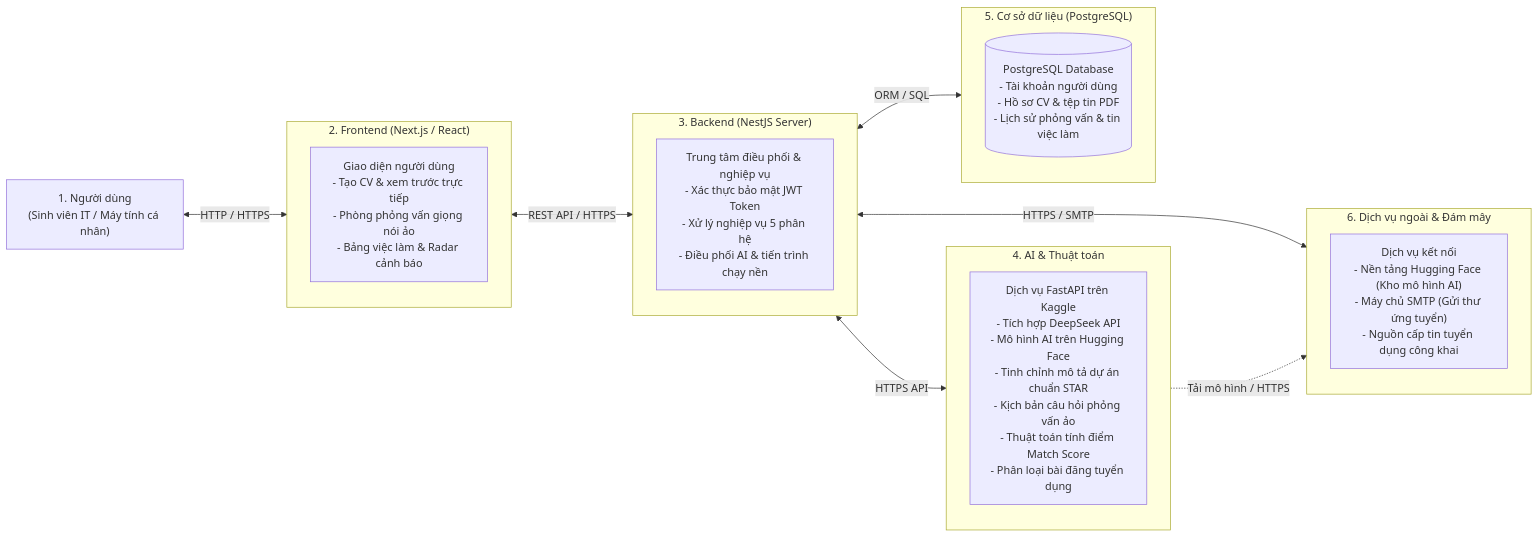
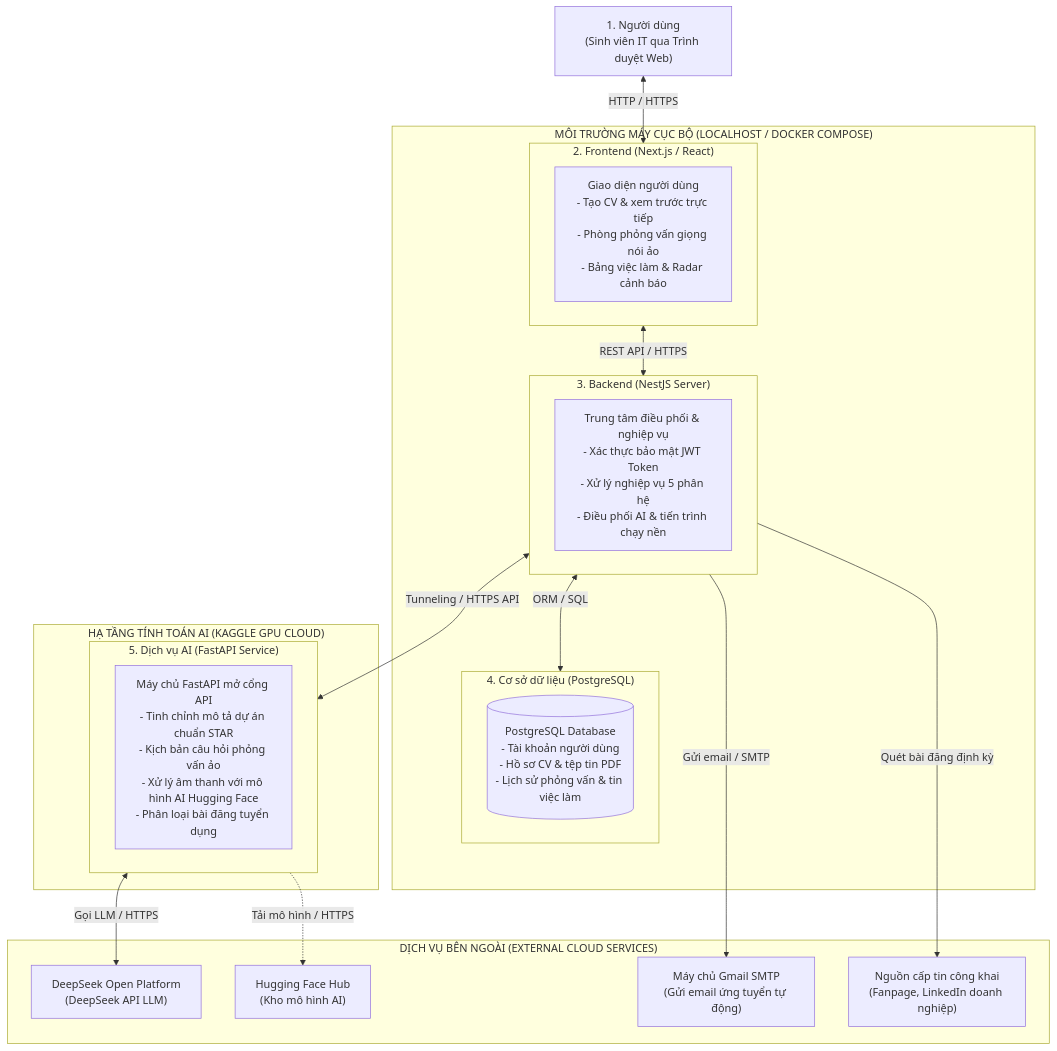
The diagram in docs/Week01/Submission/Project_Proposal.md (DungLe939/CNPM-Docs), drawn with Mermaid before and after one commit. The commit also changed other lines of this file, not shown here.

Commit message:
feat(proposal): nâng cấp sơ đồ kiến trúc tổng thể phân vùng 3 lớp hạ tầng Localhost, Kaggle GPU và Cloud

````diff
--- a/docs/Week01/Submission/Project_Proposal.md
+++ b/docs/Week01/Submission/Project_Proposal.md
@@ -91,31 +91,40 @@
 ```mermaid
-flowchart LR
-    User["1. Người dùng<br>(Sinh viên IT / Máy tính cá nhân)"]
+flowchart TB
+    User["1. Người dùng<br>(Sinh viên IT qua Trình duyệt Web)"]
 
-    subgraph Frontend["2. Frontend (Next.js / React)"]
-        FE_UI["Giao diện người dùng<br>- Tạo CV & xem trước trực tiếp<br>- Phòng phỏng vấn giọng nói ảo<br>- Bảng việc làm & Radar cảnh báo"]
+    subgraph Localhost["MÔI TRƯỜNG MÁY CỤC BỘ (LOCALHOST / DOCKER COMPOSE)"]
+        subgraph Frontend["2. Frontend (Next.js / React)"]
+            FE_UI["Giao diện người dùng<br>- Tạo CV & xem trước trực tiếp<br>- Phòng phỏng vấn giọng nói ảo<br>- Bảng việc làm & Radar cảnh báo"]
+        end
+
+        subgraph Backend["3. Backend (NestJS Server)"]
+            BE_Core["Trung tâm điều phối & nghiệp vụ<br>- Xác thực bảo mật JWT Token<br>- Xử lý nghiệp vụ 5 phân hệ<br>- Điều phối AI & tiến trình chạy nền"]
+        end
+
+        subgraph Storage["4. Cơ sở dữ liệu (PostgreSQL)"]
+            DB[("PostgreSQL Database<br>- Tài khoản người dùng<br>- Hồ sơ CV & tệp tin PDF<br>- Lịch sử phỏng vấn & tin việc làm")]
+        end
     end
 
-    subgraph Backend["3. Backend (NestJS Server)"]
-        BE_Core["Trung tâm điều phối & nghiệp vụ<br>- Xác thực bảo mật JWT Token<br>- Xử lý nghiệp vụ 5 phân hệ<br>- Điều phối AI & tiến trình chạy nền"]
+    subgraph Kaggle_Env["HẠ TẦNG TÍNH TOÁN AI (KAGGLE GPU CLOUD)"]
+        subgraph AI_Engine["5. Dịch vụ AI (FastAPI Service)"]
+            AI_Core["Máy chủ FastAPI mở cổng API<br>- Tinh chỉnh mô tả dự án chuẩn STAR<br>- Kịch bản câu hỏi phỏng vấn ảo<br>- Xử lý âm thanh với mô hình AI Hugging Face<br>- Phân loại bài đăng tuyển dụng"]
+        end
     end
 
-    subgraph AI_Engine["4. AI & Thuật toán"]
-        AI_Core["Dịch vụ FastAPI trên Kaggle<br>- Tích hợp DeepSeek API<br>- Mô hình AI trên Hugging Face<br>- Tinh chỉnh mô tả dự án chuẩn STAR<br>- Kịch bản câu hỏi phỏng vấn ảo<br>- Thuật toán tính điểm Match Score<br>- Phân loại bài đăng tuyển dụng"]
-    end
-
-    subgraph Storage["5. Cơ sở dữ liệu (PostgreSQL)"]
-        DB[("PostgreSQL Database<br>- Tài khoản người dùng<br>- Hồ sơ CV & tệp tin PDF<br>- Lịch sử phỏng vấn & tin việc làm")]
-    end
-
-    subgraph CloudServices["6. Dịch vụ ngoài & Đám mây"]
-        Cloud["Dịch vụ kết nối<br>- Nền tảng Hugging Face (Kho mô hình AI)<br>- Máy chủ SMTP (Gửi thư ứng tuyển)<br>- Nguồn cấp tin tuyển dụng công khai"]
+    subgraph External_Services["DỊCH VỤ BÊN NGOÀI (EXTERNAL CLOUD SERVICES)"]
+        DeepSeek["DeepSeek Open Platform<br>(DeepSeek API LLM)"]
+        HuggingFace["Hugging Face Hub<br>(Kho mô hình AI)"]
+        SMTP_Server["Máy chủ Gmail SMTP<br>(Gửi email ứng tuyển tự động)"]
+        Social_Sources["Nguồn cấp tin công khai<br>(Fanpage, LinkedIn doanh nghiệp)"]
     end
 
     User <-->|HTTP / HTTPS| Frontend
     Frontend <-->|REST API / HTTPS| Backend
-    Backend <-->|HTTPS API| AI_Engine
     Backend <-->|ORM / SQL| Storage
-    Backend <-->|HTTPS / SMTP| CloudServices
-    AI_Engine -.->|Tải mô hình / HTTPS| CloudServices
+    Backend <-->|Tunneling / HTTPS API| AI_Engine
+    Backend -->|Gửi email / SMTP| SMTP_Server
+    Backend -->|Quét bài đăng định kỳ| Social_Sources
+    AI_Engine <-->|Gọi LLM / HTTPS| DeepSeek
+    AI_Engine -.->|Tải mô hình / HTTPS| HuggingFace
 ```
````
